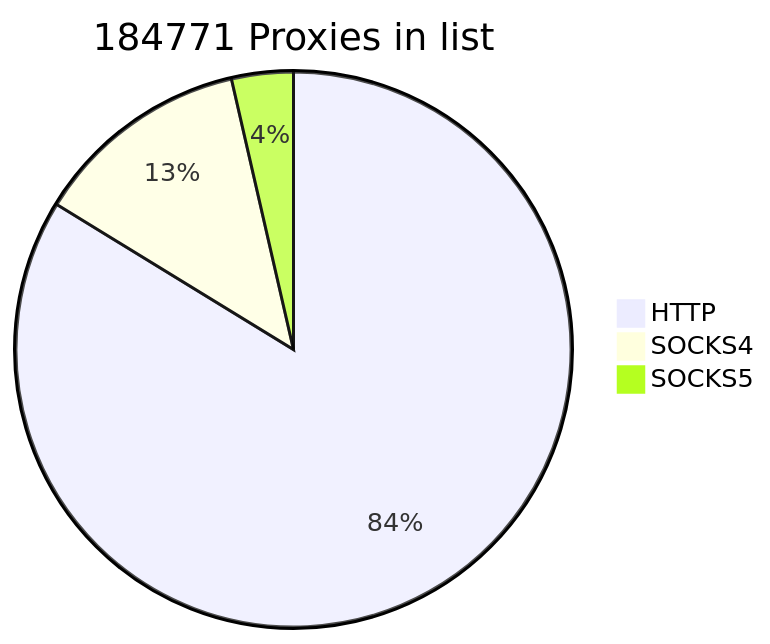
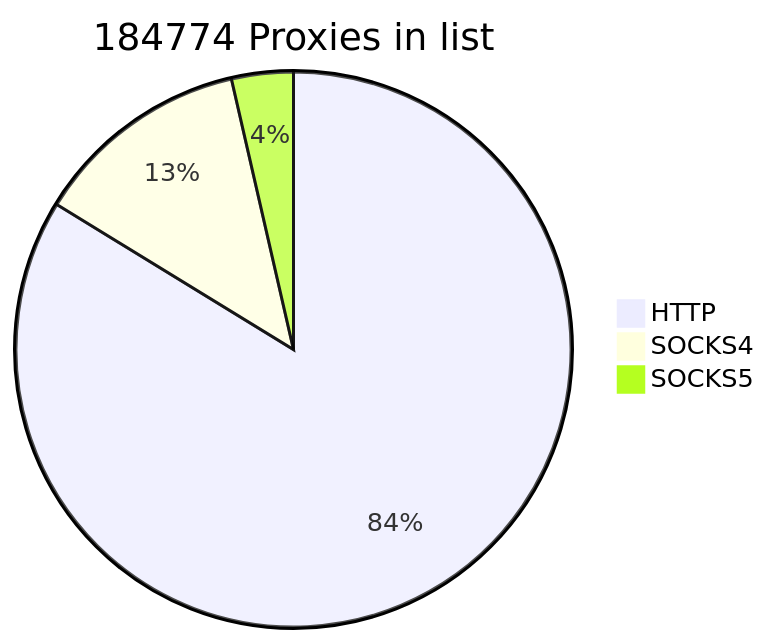
One commit to cutipu/proxylist changed the first of 2 diagrams in README.md. Above: the diagram before and after it, drawn with Mermaid. The commit also changed other lines of this file, not shown here.

````diff
--- a/README.md
+++ b/README.md
@@ -2,7 +2,7 @@
 ```mermaid
-pie title 184771 Proxies in list
+pie title 184774 Proxies in list
     "HTTP" : 154743
-    "SOCKS4" : 23397
-    "SOCKS5" : 6631
+    "SOCKS4" : 23399
+    "SOCKS5" : 6632
             
 ```
````
